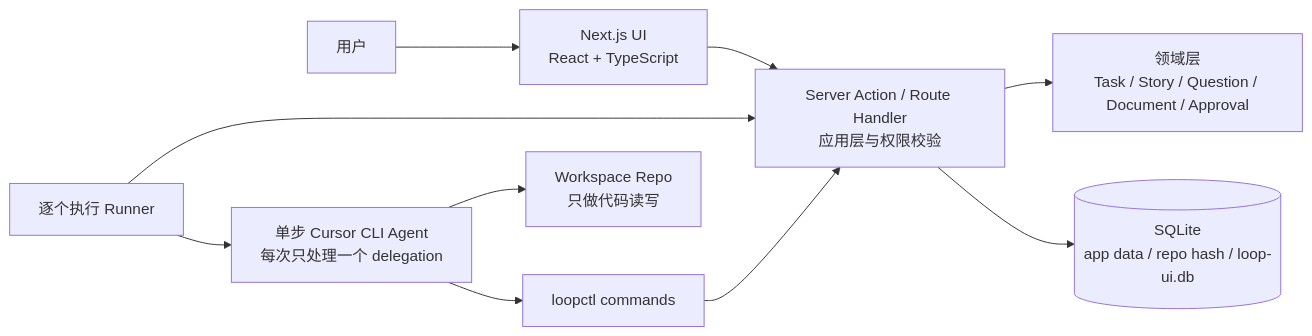
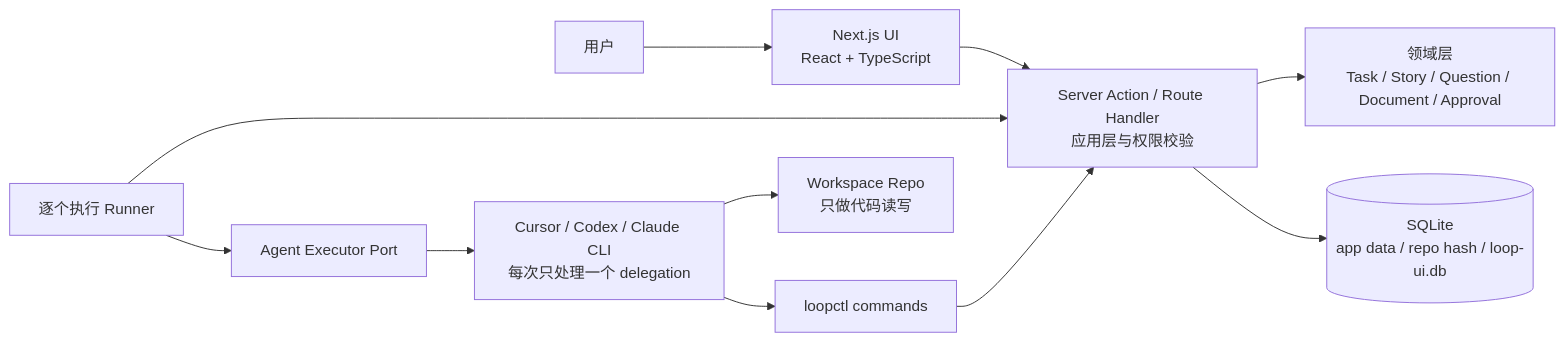
Before and after one commit to InspireChina/ai4se-loop-workflow: the diagram in docs/v1-technical-solution.md, drawn with Mermaid. The commit also changed other lines of this file and 16 other files, not shown here.

````diff
--- a/docs/v1-technical-solution.md
+++ b/docs/v1-technical-solution.md
@@ -23,12 +23,13 @@
 ```mermaid
 flowchart LR
   User["用户"] --> Web["Next.js UI\nReact + TypeScript"]
   Web --> App["Server Action / Route Handler\n应用层与权限校验"]
   App --> Domain["领域层\nTask / Story / Question / Document / Approval"]
   App --> DB[("SQLite\napp data / repo hash / loop-ui.db")]
   Runner["逐个执行 Runner"] --> App
-  Runner --> Agent["单步 Cursor CLI Agent\n每次只处理一个 delegation"]
+  Runner --> Executor["Agent Executor Port"]
+  Executor --> Agent["Cursor / Codex / Claude CLI\n每次只处理一个 delegation"]
   Agent --> CLI["loopctl commands"]
   CLI --> App
   Agent --> Repo["Workspace Repo\n只做代码读写"]
 ```
````
